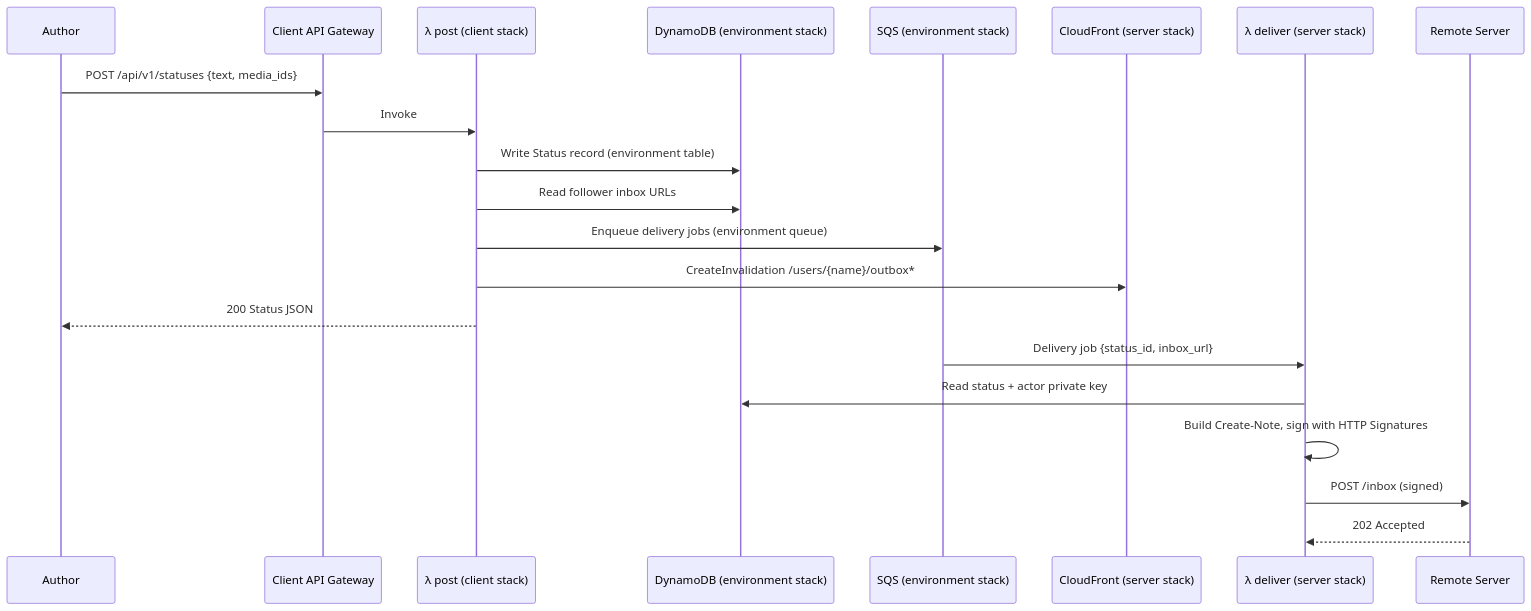
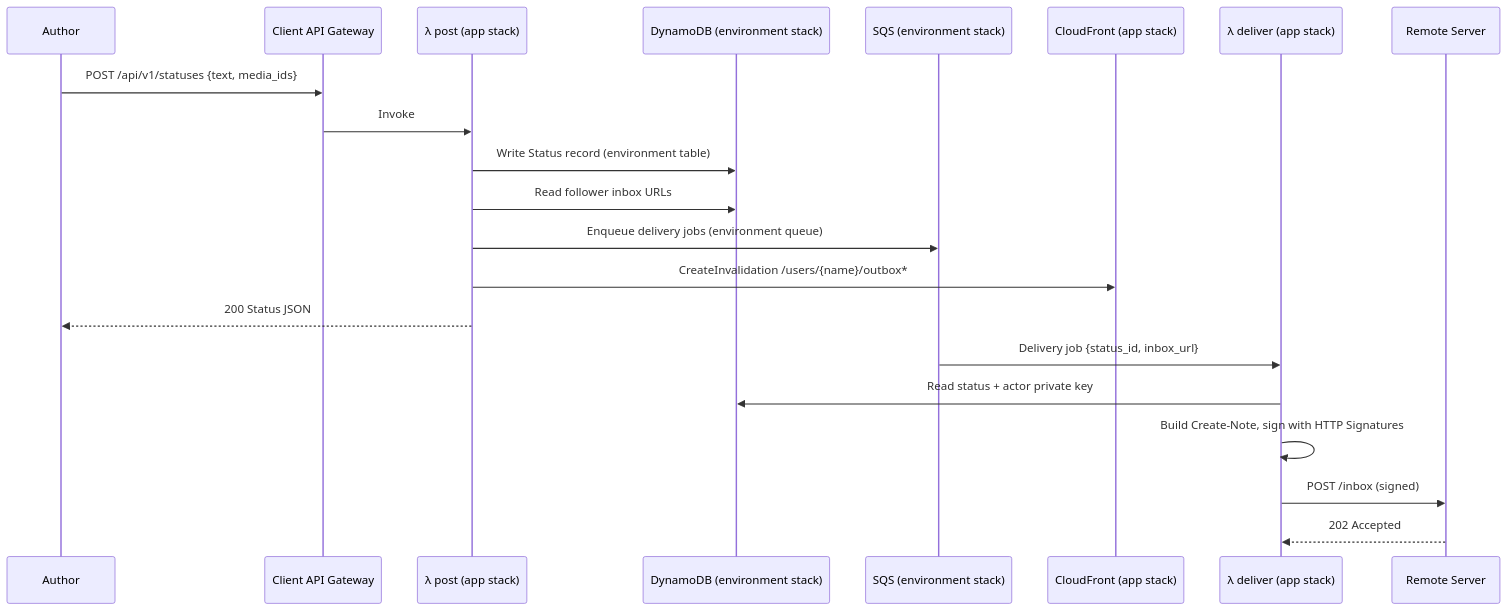
One commit to happitec-inc/FederatedActivityPublisher changed the second of 4 diagrams in docs/PROJECT-PLAN.md. Above: the diagram before and after it, drawn with Mermaid. The commit also changed other lines of this file, not shown here.

First line of the commit message:
Three-template architecture: bootstrap + environment + app

````diff
--- a/docs/PROJECT-PLAN.md
+++ b/docs/PROJECT-PLAN.md
@@ -188,25 +183,25 @@
 ```mermaid
 sequenceDiagram
     participant U as Author
     participant CG as Client API Gateway
-    participant P as λ post (client stack)
+    participant P as λ post (app stack)
     participant DB as DynamoDB (environment stack)
     participant Q as SQS (environment stack)
-    participant CF as CloudFront (server stack)
-    participant D as λ deliver (server stack)
+    participant CF as CloudFront (app stack)
+    participant D as λ deliver (app stack)
     participant R as Remote Server
 
     U->>CG: POST /api/v1/statuses {text, media_ids}
     CG->>P: Invoke
     P->>DB: Write Status record (environment table)
     P->>DB: Read follower inbox URLs
     P->>Q: Enqueue delivery jobs (environment queue)
     P->>CF: CreateInvalidation /users/{name}/outbox*
     P-->>U: 200 Status JSON
 
     Q->>D: Delivery job {status_id, inbox_url}
     D->>DB: Read status + actor private key
     D->>D: Build Create-Note, sign with HTTP Signatures
     D->>R: POST /inbox (signed)
     R-->>D: 202 Accepted
 ```
````
